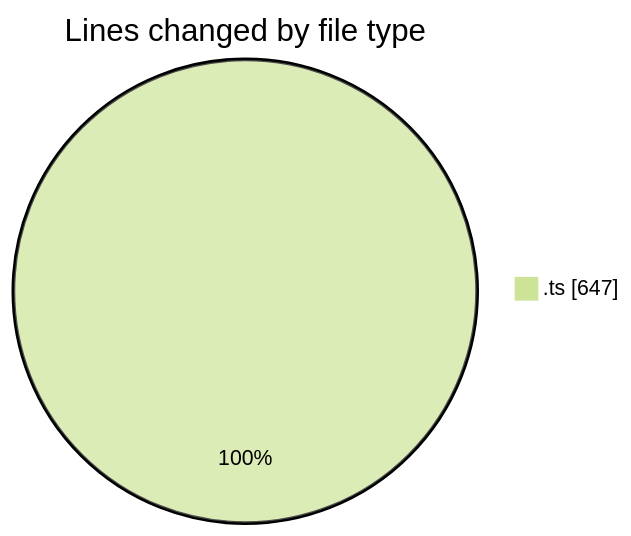
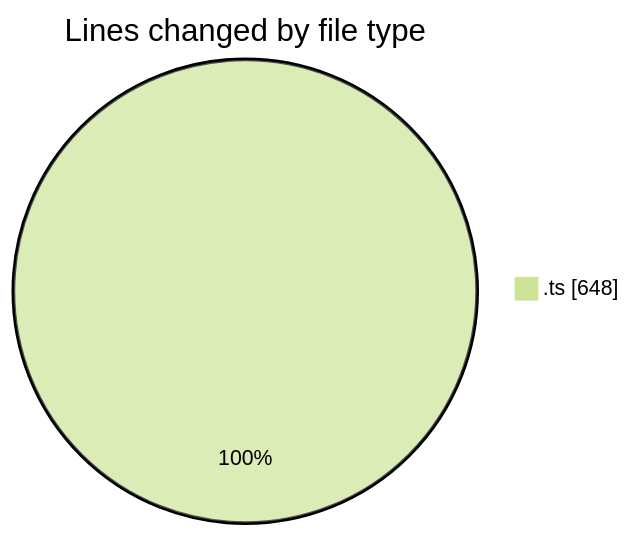
The first of 2 diagrams in 2025-06-26/cda/README.md (momahboobian/code-tracking), drawn with Mermaid (forest theme) before and after one commit. The commit also changed other lines of this file and 1 other file, not shown here.

````diff
--- a/2025-06-26/cda/README.md
+++ b/2025-06-26/cda/README.md
@@ -20,5 +20,5 @@
 ```mermaid
 pie showData
 title Lines changed by file type
-".ts" : 647
+".ts" : 648
 ```
````
